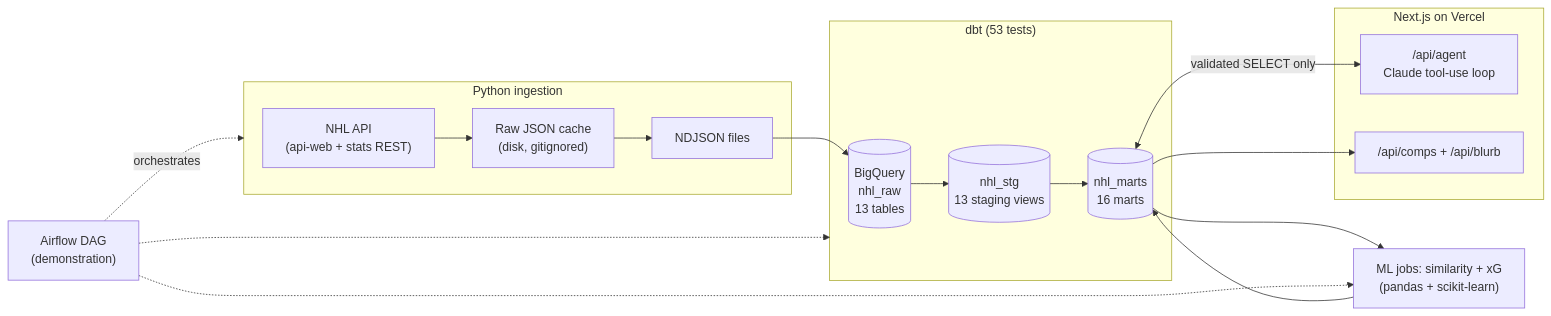
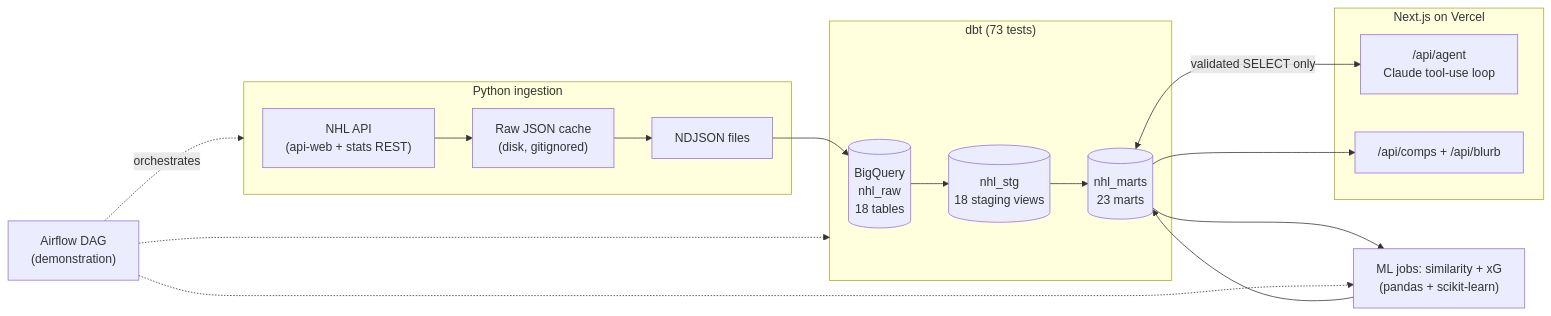
One commit to FakeJenton/hockey-research-agent changed the diagram in README.md. Above: the diagram before and after it, drawn with Mermaid. The commit also changed other lines of this file and 27 other files, not shown here.

````diff
--- a/README.md
+++ b/README.md
@@ -18,29 +18,29 @@
 ```mermaid
 flowchart LR
     subgraph Ingestion["Python ingestion"]
         API["NHL API<br/>(api-web + stats REST)"] --> CACHE["Raw JSON cache<br/>(disk, gitignored)"]
         CACHE --> NDJSON["NDJSON files"]
     end
 
-    NDJSON --> RAW[("BigQuery<br/>nhl_raw<br/>13 tables")]
+    NDJSON --> RAW[("BigQuery<br/>nhl_raw<br/>18 tables")]
 
-    subgraph dbt["dbt (53 tests)"]
-        RAW --> STG[("nhl_stg<br/>13 staging views")]
-        STG --> MARTS[("nhl_marts<br/>16 marts")]
+    subgraph dbt["dbt (73 tests)"]
+        RAW --> STG[("nhl_stg<br/>18 staging views")]
+        STG --> MARTS[("nhl_marts<br/>23 marts")]
     end
 
     MARTS --> SIM["ML jobs: similarity + xG<br/>(pandas + scikit-learn)"]
     SIM --> MARTS
 
     subgraph App["Next.js on Vercel"]
         AGENT["/api/agent<br/>Claude tool-use loop"]
         COMPS["/api/comps + /api/blurb"]
     end
 
     MARTS <--> |"validated SELECT only"| AGENT
     MARTS --> COMPS
 
     AIRFLOW["Airflow DAG<br/>(demonstration)"] -.orchestrates.-> Ingestion
     AIRFLOW -.-> dbt
     AIRFLOW -.-> SIM
 ```
````
